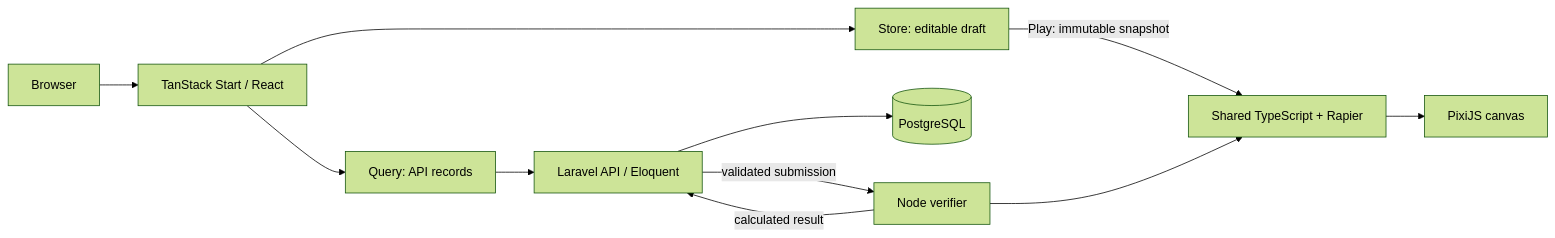
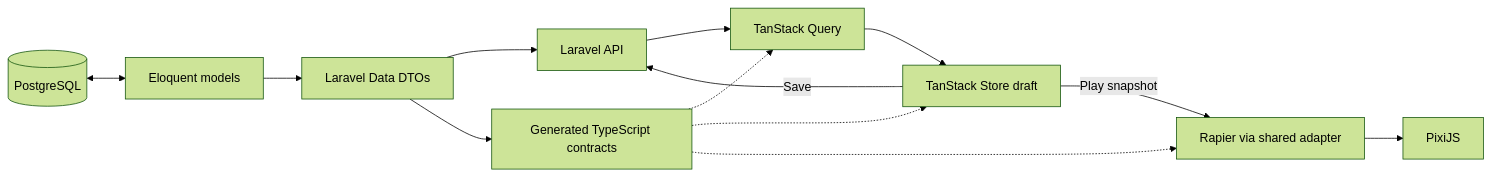
One commit to smittie2000/machine-workshop changed the diagram in docs/02-architecture.md. Above: the diagram before and after it, drawn with Mermaid (forest theme). The commit also changed other lines of this file and 8 other files, not shown here.

Commit message:
Finalize product rules and Laravel-owned data design

````diff
--- a/docs/02-architecture.md
+++ b/docs/02-architecture.md
@@ -35,13 +29,15 @@
 ```mermaid
 flowchart LR
-  Player[Browser] --> Start[TanStack Start / React]
-  Start --> Query[Query: API records]
-  Start --> Draft[Store: editable draft]
-  Draft -->|Play: immutable snapshot| Sim[Shared TypeScript + Rapier]
-  Sim --> Pixi[PixiJS canvas]
-  Query --> API[Laravel API / Eloquent]
-  API --> PG[(PostgreSQL)]
-  API -->|validated submission| Verify[Node verifier]
-  Verify --> Sim
-  Verify -->|calculated result| API
+  DB[(PostgreSQL)] <--> Models[Eloquent models]
+  Models --> DTO[Laravel Data DTOs]
+  DTO --> API[Laravel API]
+  DTO --> Types[Generated TypeScript contracts]
+  API --> Query[TanStack Query]
+  Query --> Draft[TanStack Store draft]
+  Draft -->|Play snapshot| Physics[Rapier via shared adapter]
+  Physics --> View[PixiJS]
+  Draft -->|Save| API
+  Types -.-> Query
+  Types -.-> Draft
+  Types -.-> Physics
 ```
````
